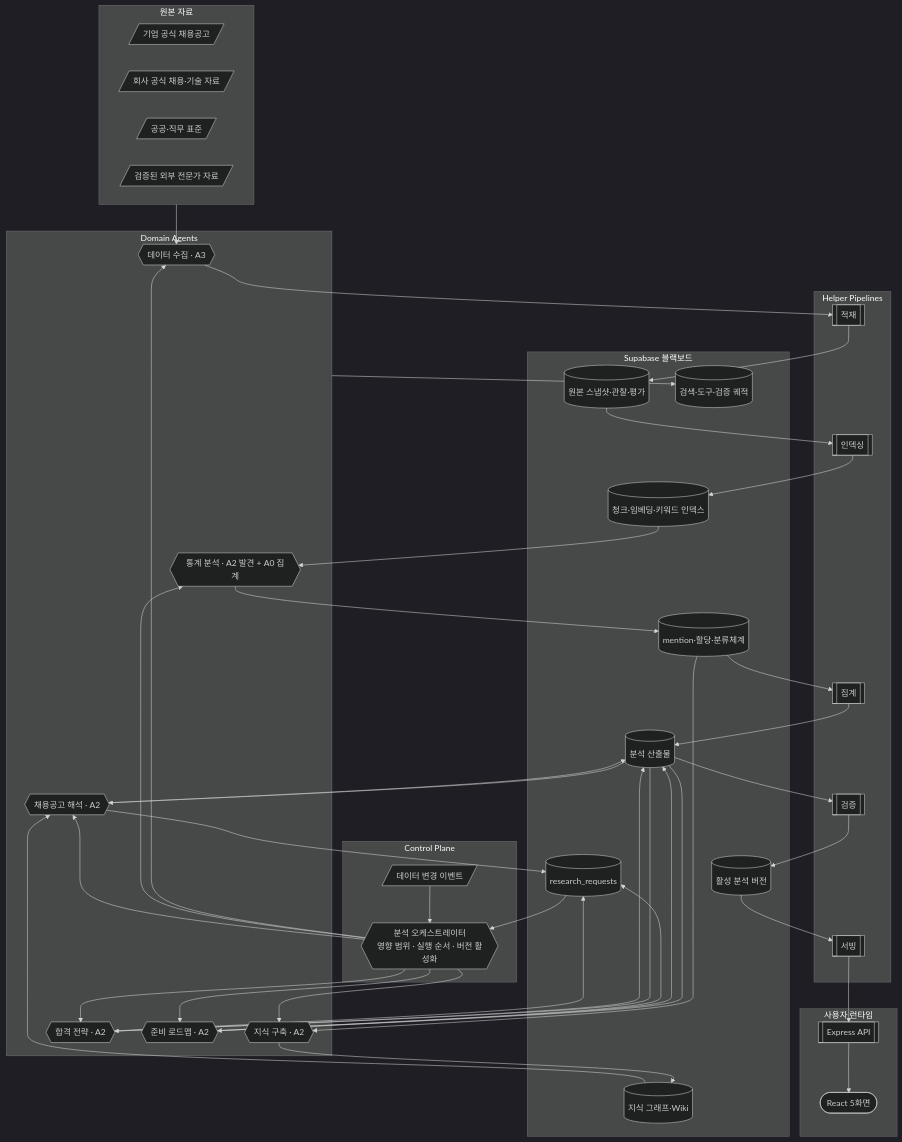
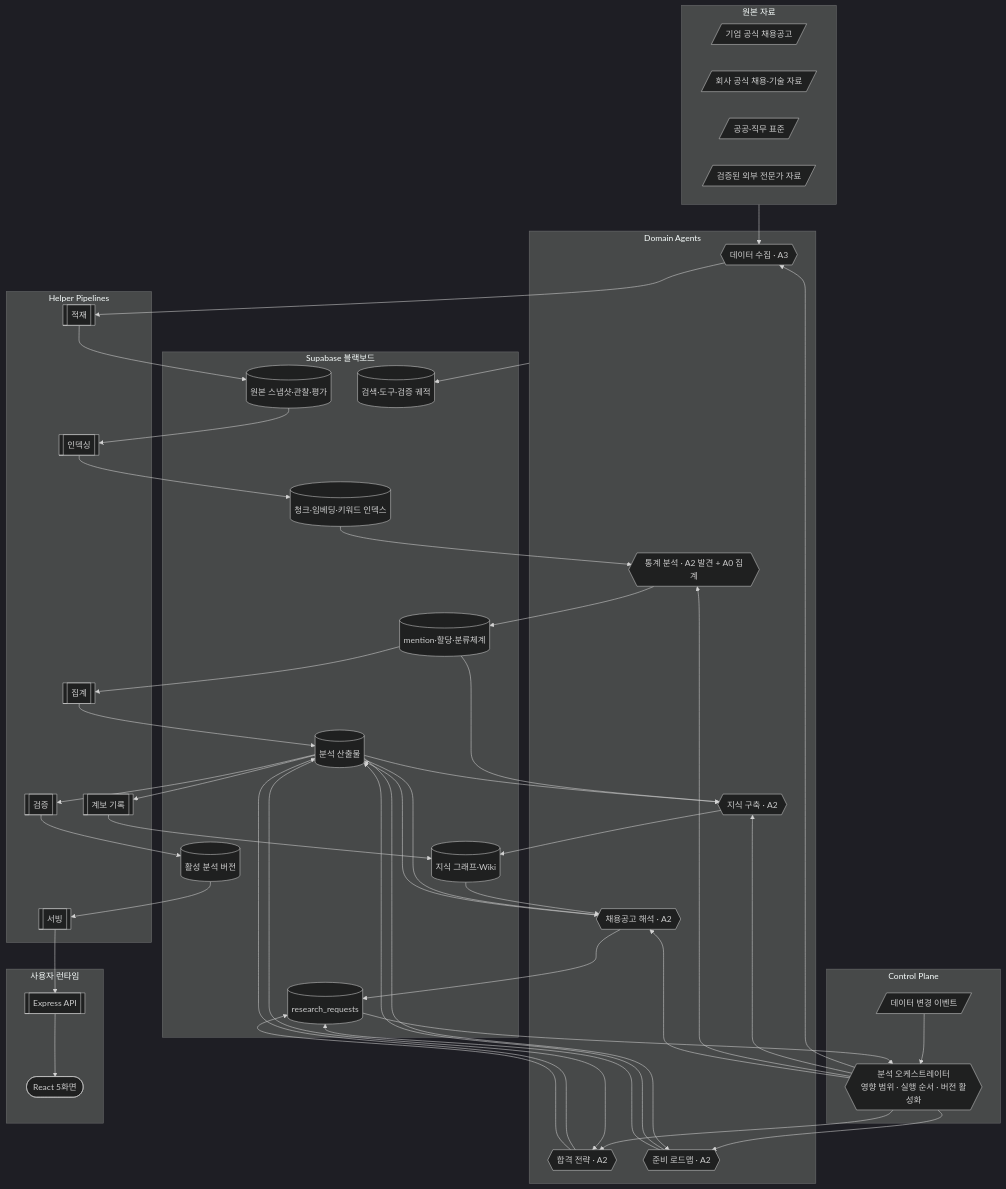
Before and after one commit to Mureung1/hub-showcase: the first of 5 diagrams in docs/architecture.md, drawn with Mermaid (dark theme). The commit also changed other lines of this file and 6 other files, not shown here.

Commit message:
docs: split D3 layer and move derived graph writes to a lineage pipeline

````diff
--- a/docs/architecture.md
+++ b/docs/architecture.md
@@ -68,75 +68,78 @@
 ```mermaid
 flowchart TB
     subgraph SRC["원본 자료"]
         SA[/"기업 공식 채용공고"/]
         SB[/"회사 공식 채용·기술 자료"/]
         SC[/"공공·직무 표준"/]
         SD[/"검증된 외부 전문가 자료"/]
     end
 
     subgraph CTRL["Control Plane"]
         CHANGE[/"데이터 변경 이벤트"/]
         ORCH{{"분석 오케스트레이터<br/>영향 범위 · 실행 순서 · 버전 활성화"}}
     end
 
     subgraph AGENTS["Domain Agents"]
         COL{{"데이터 수집 · A3"}}
         KB{{"지식 구축 · A2"}}
         STAT{{"통계 분석 · A2 발견 + A0 집계"}}
         INTER{{"채용공고 해석 · A2"}}
         STRAT{{"합격 전략 · A2"}}
         ROAD{{"준비 로드맵 · A2"}}
     end
 
     subgraph PIPE["Helper Pipelines"]
         P1[["적재"]]
         P2[["인덱싱"]]
         P3[["집계"]]
+        P6[["계보 기록"]]
         P4[["검증"]]
         P5[["서빙"]]
     end
 
     subgraph BB["Supabase 블랙보드"]
         RAW[("원본 스냅샷·관찰·평가")]
         IDX[("청크·임베딩·키워드 인덱스")]
         FACT[("mention·할당·분류체계")]
         GRAPH[("지식 그래프·Wiki")]
         OUT[("분석 산출물")]
         REQ[("research_requests")]
         TRACE[("검색·도구·검증 궤적")]
         ACTIVE[("활성 분석 버전")]
     end
 
     subgraph RT["사용자 런타임"]
         API[["Express API"]]
         UI(["React 5화면"])
     end
 
     SRC --> COL
     CHANGE --> ORCH
     ORCH --> COL
     ORCH --> KB
     ORCH --> STAT
     ORCH --> INTER
     ORCH --> STRAT
     ORCH --> ROAD
 
     COL --> P1 --> RAW
     RAW --> P2 --> IDX
     IDX --> STAT --> FACT
     FACT --> P3 --> OUT
-    FACT --> KB --> GRAPH
+    FACT --> KB
+    OUT --> KB --> GRAPH
     GRAPH --> INTER
     OUT --> INTER --> OUT
     OUT --> STRAT --> OUT
     OUT --> ROAD --> OUT
+    OUT --> P6 --> GRAPH
 
     INTER --> REQ
     STRAT --> REQ
     ROAD --> REQ
     REQ --> ORCH
 
     AGENTS --> TRACE
     OUT --> P4 --> ACTIVE
     ACTIVE --> P5 --> API --> UI
 ```
````
